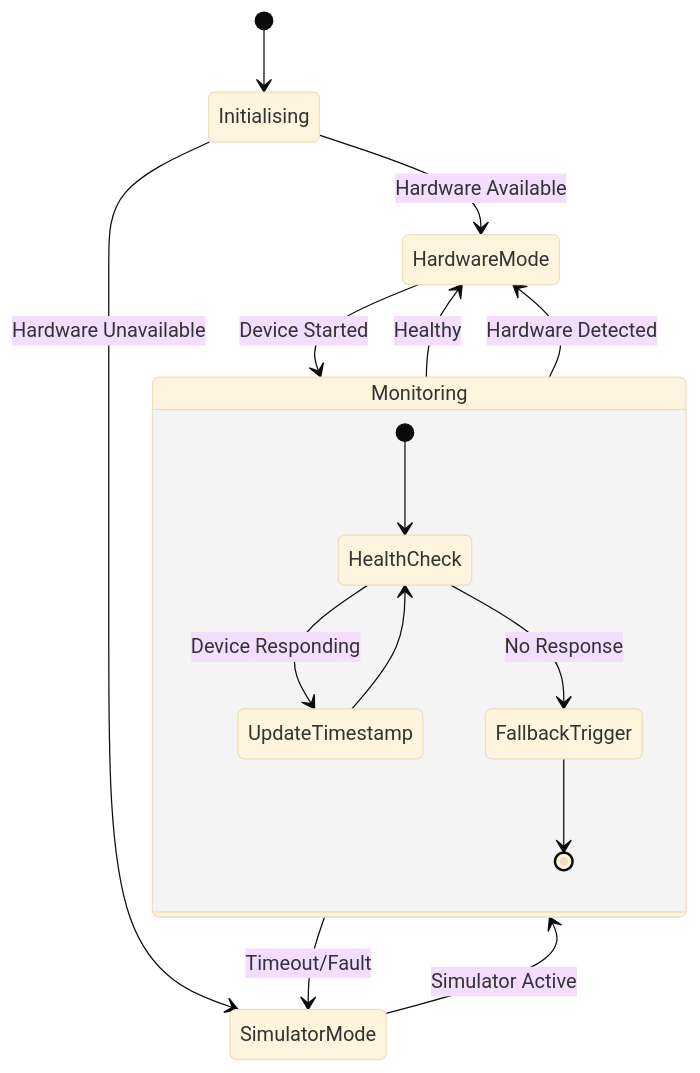
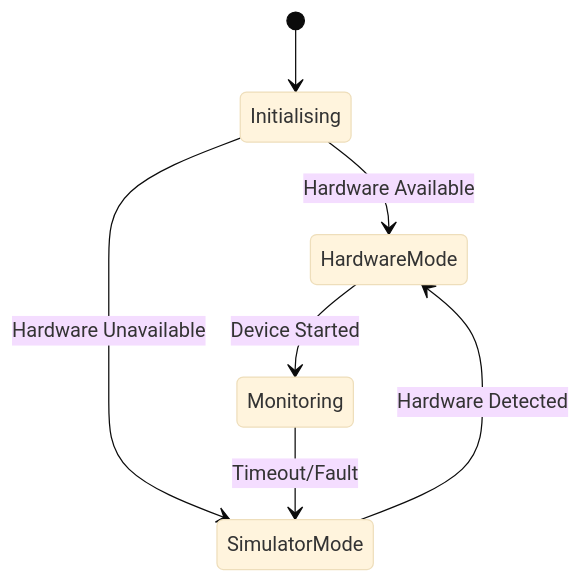
The third of 3 diagrams in docs/SYSTEM_ARCHITECTURE.md (Interlaken0/temperature-plotter), drawn with Mermaid (base theme) before and after one commit. The commit also changed other lines of this file and 7 other files, not shown here.

````diff
--- a/docs/SYSTEM_ARCHITECTURE.md
+++ b/docs/SYSTEM_ARCHITECTURE.md
@@ -288,21 +71,10 @@
 ```mermaid
 stateDiagram-v2
     [*] --> Initialising
     Initialising --> HardwareMode: Hardware Available
     Initialising --> SimulatorMode: Hardware Unavailable
     
     HardwareMode --> Monitoring: Device Started
-    Monitoring --> HardwareMode: Healthy
     Monitoring --> SimulatorMode: Timeout/Fault
-    
-    SimulatorMode --> Monitoring: Simulator Active
-    Monitoring --> HardwareMode: Hardware Detected
-    
-    state Monitoring {
-        [*] --> HealthCheck
-        HealthCheck --> UpdateTimestamp: Device Responding
-        HealthCheck --> FallbackTrigger: No Response
-        UpdateTimestamp --> HealthCheck
-        FallbackTrigger --> [*]
-    }
+    SimulatorMode --> HardwareMode: Hardware Detected
 ```
````
